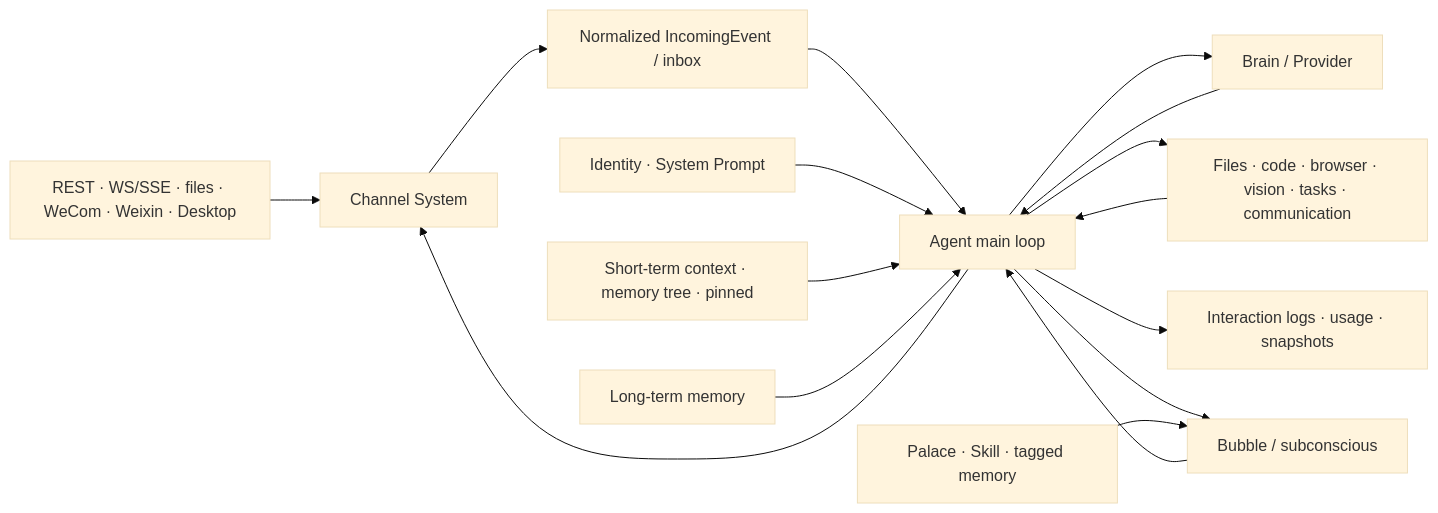
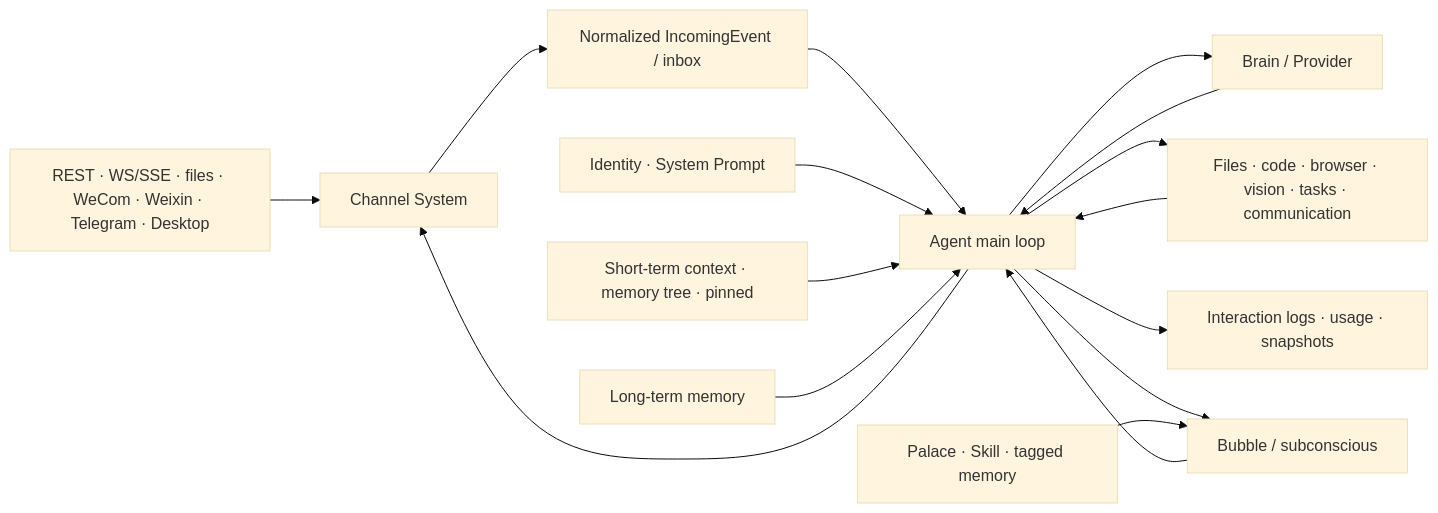
Before and after one commit to VirtualBeingsResearch/CoWorker: the first of 2 diagrams in docs/architecture/runtime-flow.en.md, drawn with Mermaid (base theme). The commit also changed 45 other files, not shown here.

````diff
--- a/docs/architecture/runtime-flow.en.md
+++ b/docs/architecture/runtime-flow.en.md
@@ -10,18 +10,18 @@
 ```mermaid
 flowchart LR
-    input["REST · WS/SSE · files · WeCom · Weixin · Desktop"] --> channel["Channel System"]
+    input["REST · WS/SSE · files · WeCom · Weixin · Telegram · Desktop"] --> channel["Channel System"]
     channel --> inbox["Normalized IncomingEvent / inbox"]
     inbox --> loop["Agent main loop"]
     identity["Identity · System Prompt"] --> loop
     short["Short-term context · memory tree · pinned"] --> loop
     long["Long-term memory"] --> loop
     loop --> brain["Brain / Provider"]
     brain --> loop
     loop --> tools["Files · code · browser · vision · tasks · communication"]
     tools --> loop
     loop --> channel
     loop --> logs["Interaction logs · usage · snapshots"]
     loop --> bubble["Bubble / subconscious"]
     palace["Palace · Skill · tagged memory"] --> bubble
     bubble --> loop
 ```
````
